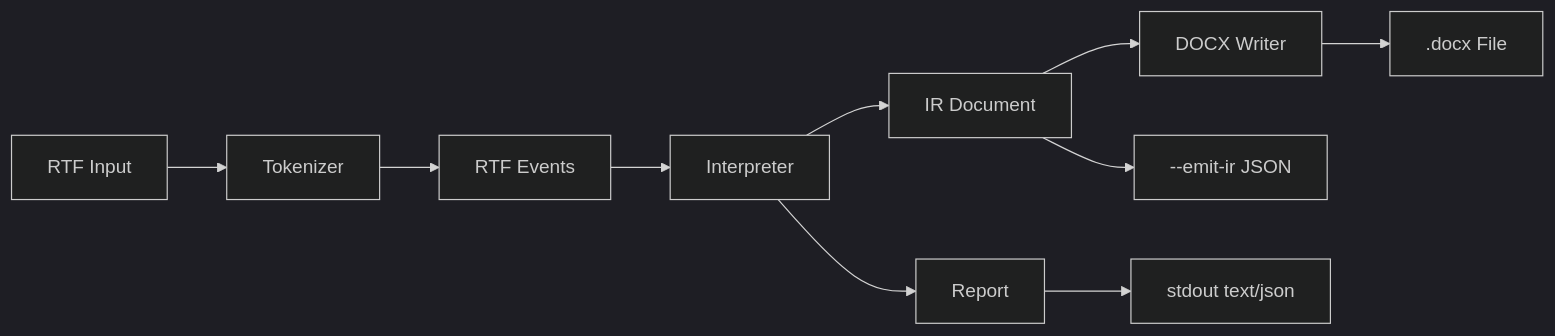
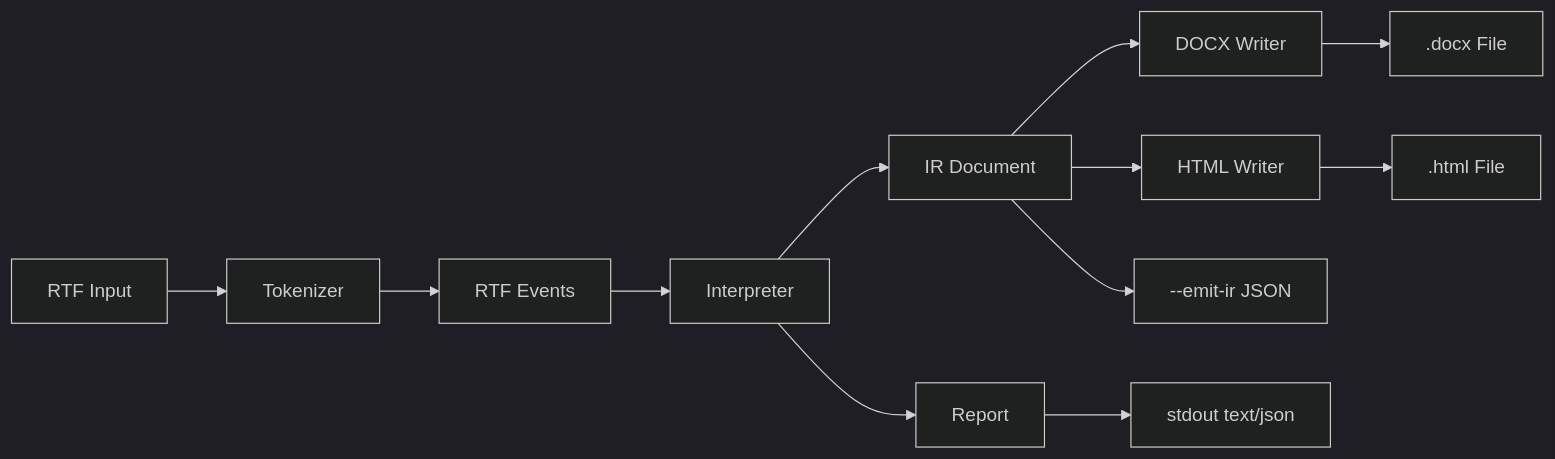
One commit to TorstenCScholz/rtfkit changed the diagram in docs/arch/README.md. Above: the diagram before and after it, drawn with Mermaid (dark theme). The commit also changed other lines of this file and 67 other files, not shown here.

````diff
--- a/docs/arch/README.md
+++ b/docs/arch/README.md
@@ -9,12 +9,14 @@
 ```mermaid
 flowchart LR
     RTF[RTF Input] --> Tokenizer[Tokenizer]
     Tokenizer --> Events[RTF Events]
     Events --> Interpreter[Interpreter]
     Interpreter --> IR[IR Document]
     Interpreter --> Report[Report]
     IR --> DOCXWriter[DOCX Writer]
     DOCXWriter --> DOCXFile[.docx File]
+    IR --> HTMLWriter[HTML Writer]
+    HTMLWriter --> HTMLFile[.html File]
     IR --> CLI[--emit-ir JSON]
     Report --> CLIOut[stdout text/json]
 ```
````
